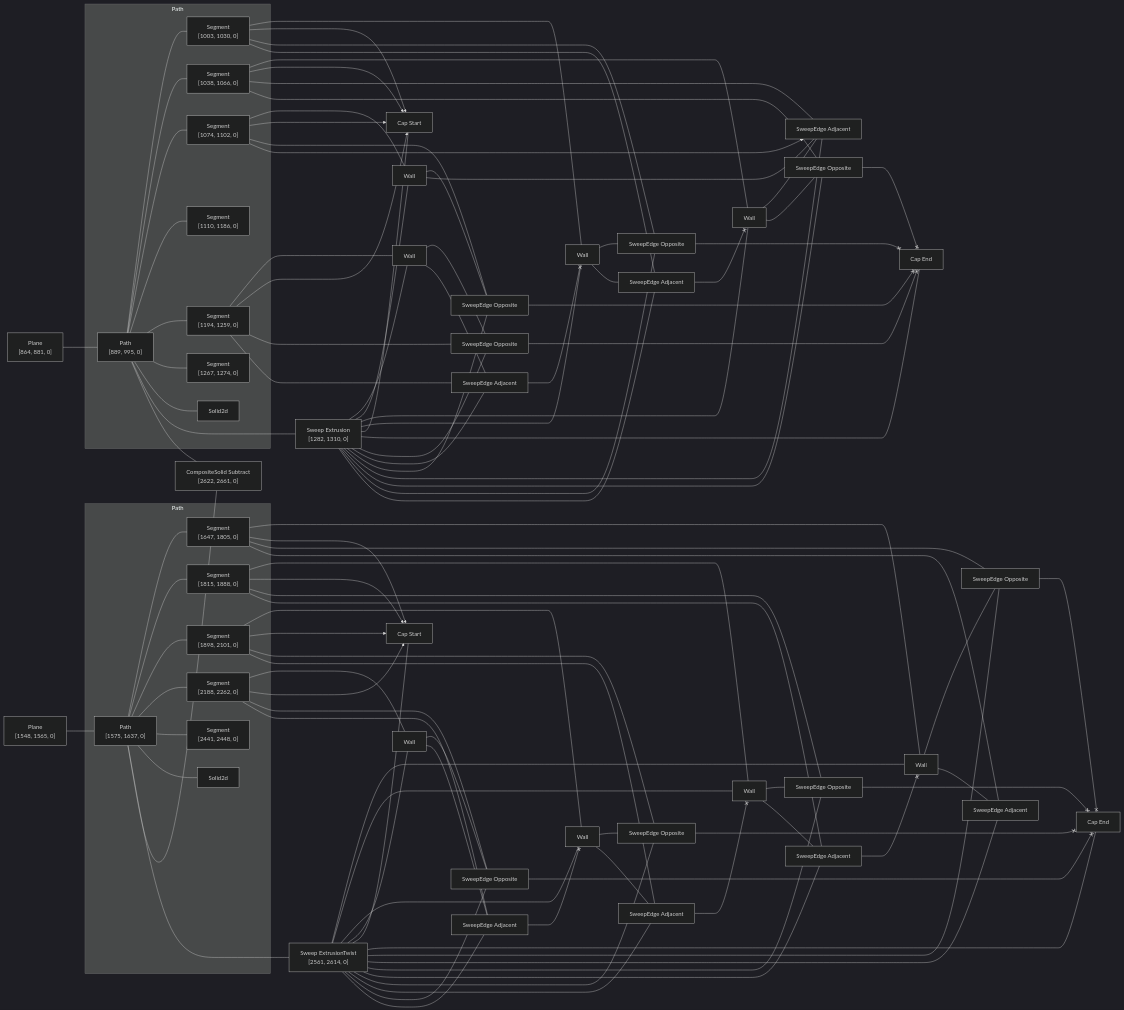
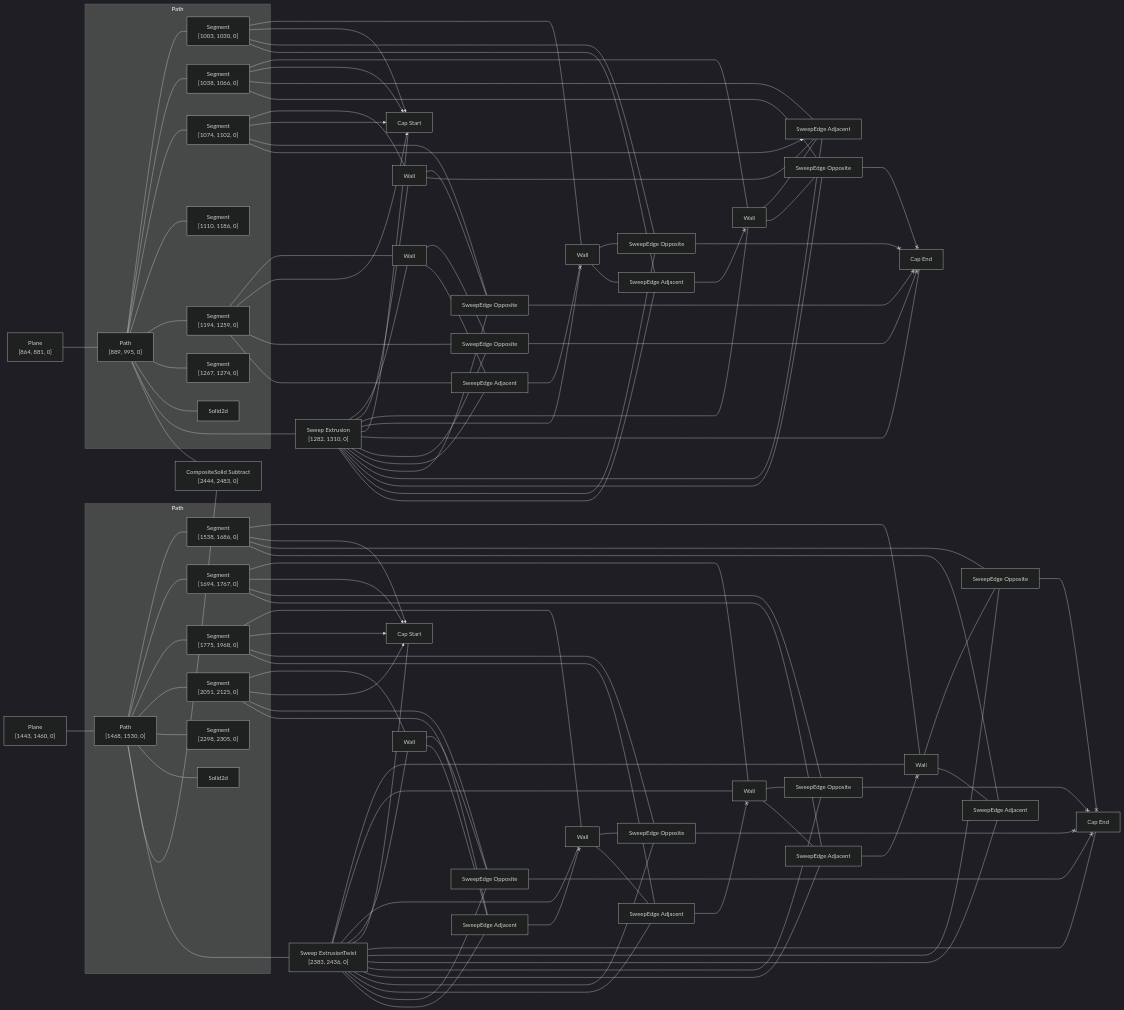
One commit to KittyCAD/modeling-app changed the diagram in rust/kcl-lib/tests/kcl_samples/helical-gear/artifact_graph_flowchart.snap.md. Above: the diagram before and after it, drawn with Mermaid (dark theme). The commit also changed 5 other files, not shown here.

```diff
--- a/rust/kcl-lib/tests/kcl_samples/helical-gear/artifact_graph_flowchart.snap.md
+++ b/rust/kcl-lib/tests/kcl_samples/helical-gear/artifact_graph_flowchart.snap.md
@@ -18,18 +18,18 @@
     9[Solid2d]
   end
   subgraph path25 [Path]
-    25["Path<br>[1575, 1637, 0]"]
-      %% [ProgramBodyItem { index: 0 }, VariableDeclarationDeclaration, VariableDeclarationInit, FunctionExpressionBody, FunctionExpressionBodyItem { index: 11 }, VariableDeclarationDeclaration, VariableDeclarationInit, FunctionExpressionBody, FunctionExpressionBodyItem { index: 0 }, VariableDeclarationDeclaration, VariableDeclarationInit, PipeBodyItem { index: 1 }]
-    26["Segment<br>[1647, 1805, 0]"]
-      %% [ProgramBodyItem { index: 0 }, VariableDeclarationDeclaration, VariableDeclarationInit, FunctionExpressionBody, FunctionExpressionBodyItem { index: 11 }, VariableDeclarationDeclaration, VariableDeclarationInit, FunctionExpressionBody, FunctionExpressionBodyItem { index: 0 }, VariableDeclarationDeclaration, VariableDeclarationInit, PipeBodyItem { index: 2 }]
-    27["Segment<br>[1815, 1888, 0]"]
-      %% [ProgramBodyItem { index: 0 }, VariableDeclarationDeclaration, VariableDeclarationInit, FunctionExpressionBody, FunctionExpressionBodyItem { index: 11 }, VariableDeclarationDeclaration, VariableDeclarationInit, FunctionExpressionBody, FunctionExpressionBodyItem { index: 0 }, VariableDeclarationDeclaration, VariableDeclarationInit, PipeBodyItem { index: 3 }]
-    28["Segment<br>[1898, 2101, 0]"]
-      %% [ProgramBodyItem { index: 0 }, VariableDeclarationDeclaration, VariableDeclarationInit, FunctionExpressionBody, FunctionExpressionBodyItem { index: 11 }, VariableDeclarationDeclaration, VariableDeclarationInit, FunctionExpressionBody, FunctionExpressionBodyItem { index: 0 }, VariableDeclarationDeclaration, VariableDeclarationInit, PipeBodyItem { index: 4 }]
-    29["Segment<br>[2188, 2262, 0]"]
-      %% [ProgramBodyItem { index: 0 }, VariableDeclarationDeclaration, VariableDeclarationInit, FunctionExpressionBody, FunctionExpressionBodyItem { index: 11 }, VariableDeclarationDeclaration, VariableDeclarationInit, FunctionExpressionBody, FunctionExpressionBodyItem { index: 0 }, VariableDeclarationDeclaration, VariableDeclarationInit, PipeBodyItem { index: 5 }]
-    30["Segment<br>[2441, 2448, 0]"]
-      %% [ProgramBodyItem { index: 0 }, VariableDeclarationDeclaration, VariableDeclarationInit, FunctionExpressionBody, FunctionExpressionBodyItem { index: 11 }, VariableDeclarationDeclaration, VariableDeclarationInit, FunctionExpressionBody, FunctionExpressionBodyItem { index: 0 }, VariableDeclarationDeclaration, VariableDeclarationInit, PipeBodyItem { index: 7 }]
+    25["Path<br>[1468, 1530, 0]"]
+      %% [ProgramBodyItem { index: 0 }, VariableDeclarationDeclaration, VariableDeclarationInit, FunctionExpressionBody, FunctionExpressionBodyItem { index: 11 }, VariableDeclarationDeclaration, VariableDeclarationInit, PipeBodyItem { index: 1 }]
+    26["Segment<br>[1538, 1686, 0]"]
+      %% [ProgramBodyItem { index: 0 }, VariableDeclarationDeclaration, VariableDeclarationInit, FunctionExpressionBody, FunctionExpressionBodyItem { index: 11 }, VariableDeclarationDeclaration, VariableDeclarationInit, PipeBodyItem { index: 2 }]
+    27["Segment<br>[1694, 1767, 0]"]
+      %% [ProgramBodyItem { index: 0 }, VariableDeclarationDeclaration, VariableDeclarationInit, FunctionExpressionBody, FunctionExpressionBodyItem { index: 11 }, VariableDeclarationDeclaration, VariableDeclarationInit, PipeBodyItem { index: 3 }]
+    28["Segment<br>[1775, 1968, 0]"]
+      %% [ProgramBodyItem { index: 0 }, VariableDeclarationDeclaration, VariableDeclarationInit, FunctionExpressionBody, FunctionExpressionBodyItem { index: 11 }, VariableDeclarationDeclaration, VariableDeclarationInit, PipeBodyItem { index: 4 }]
+    29["Segment<br>[2051, 2125, 0]"]
+      %% [ProgramBodyItem { index: 0 }, VariableDeclarationDeclaration, VariableDeclarationInit, FunctionExpressionBody, FunctionExpressionBodyItem { index: 11 }, VariableDeclarationDeclaration, VariableDeclarationInit, PipeBodyItem { index: 5 }]
+    30["Segment<br>[2298, 2305, 0]"]
+      %% [ProgramBodyItem { index: 0 }, VariableDeclarationDeclaration, VariableDeclarationInit, FunctionExpressionBody, FunctionExpressionBodyItem { index: 11 }, VariableDeclarationDeclaration, VariableDeclarationInit, PipeBodyItem { index: 7 }]
     31[Solid2d]
   end
   1["Plane<br>[864, 881, 0]"]
@@ -55,9 +55,9 @@
   21["SweepEdge Opposite"]
   22["SweepEdge Opposite"]
   23["SweepEdge Adjacent"]
-  24["Plane<br>[1548, 1565, 0]"]
-    %% [ProgramBodyItem { index: 0 }, VariableDeclarationDeclaration, VariableDeclarationInit, FunctionExpressionBody, FunctionExpressionBodyItem { index: 11 }, VariableDeclarationDeclaration, VariableDeclarationInit, FunctionExpressionBody, FunctionExpressionBodyItem { index: 0 }, VariableDeclarationDeclaration, VariableDeclarationInit, PipeBodyItem { index: 0 }]
-  32["Sweep ExtrusionTwist<br>[2561, 2614, 0]"]
+  24["Plane<br>[1443, 1460, 0]"]
+    %% [ProgramBodyItem { index: 0 }, VariableDeclarationDeclaration, VariableDeclarationInit, FunctionExpressionBody, FunctionExpressionBodyItem { index: 11 }, VariableDeclarationDeclaration, VariableDeclarationInit, PipeBodyItem { index: 0 }]
+  32["Sweep ExtrusionTwist<br>[2383, 2436, 0]"]
     %% [ProgramBodyItem { index: 0 }, VariableDeclarationDeclaration, VariableDeclarationInit, FunctionExpressionBody, FunctionExpressionBodyItem { index: 12 }, ReturnStatementArg, PipeBodyItem { index: 1 }]
   33[Wall]
     %% face_code_ref=Missing NodePath
@@ -79,7 +79,7 @@
   44["SweepEdge Adjacent"]
   45["SweepEdge Opposite"]
   46["SweepEdge Adjacent"]
-  47["CompositeSolid Subtract<br>[2622, 2661, 0]"]
+  47["CompositeSolid Subtract<br>[2444, 2483, 0]"]
     %% [ProgramBodyItem { index: 0 }, VariableDeclarationDeclaration, VariableDeclarationInit, FunctionExpressionBody, FunctionExpressionBodyItem { index: 12 }, ReturnStatementArg, PipeBodyItem { index: 2 }]
   1 --- 2
   2 --- 3
```
